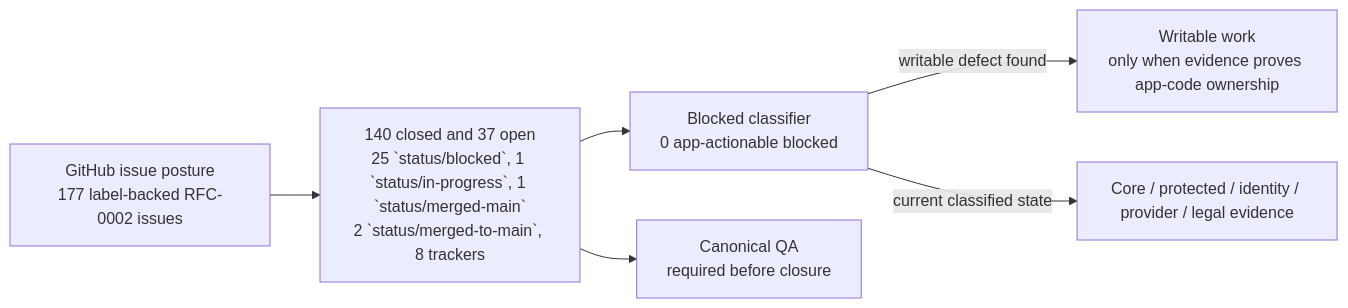
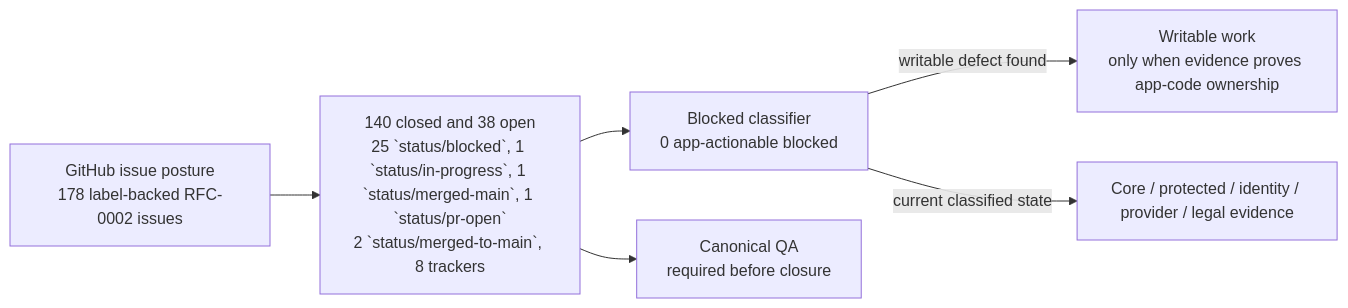
One commit to sgajbi/lotus-idea changed the first of 2 diagrams in wiki/RFC-0002-Execution-Status.md. Above: the diagram before and after it, drawn with Mermaid. The commit also changed other lines of this file and 12 other files, not shown here.

````diff
--- a/wiki/RFC-0002-Execution-Status.md
+++ b/wiki/RFC-0002-Execution-Status.md
@@ -39,15 +39,15 @@
 ```mermaid
 flowchart LR
-    Issues["GitHub issue posture<br/>177 label-backed RFC-0002 issues"]
-    Open["140 closed and 37 open<br/>25 `status/blocked`, 1 `status/in-progress`, 1 `status/merged-main`<br/>2 `status/merged-to-main`, 8 trackers"]
+    Issues["GitHub issue posture<br/>178 label-backed RFC-0002 issues"]
+    Open["140 closed and 38 open<br/>25 `status/blocked`, 1 `status/in-progress`, 1 `status/merged-main`, 1 `status/pr-open`<br/>2 `status/merged-to-main`, 8 trackers"]
     Blocked["Blocked classifier<br/>0 app-actionable blocked"]
     Work["Writable work<br/>only when evidence proves app-code ownership"]
     External["Core / protected / identity / provider / legal evidence"]
     QA["Canonical QA<br/>required before closure"]
 
     Issues --> Open
     Open --> Blocked
     Blocked -->|"writable defect found"| Work
     Blocked -->|"current classified state"| External
     Open --> QA
 ```
````
